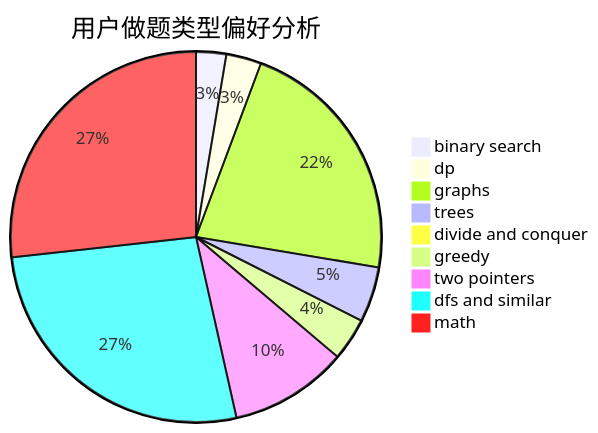
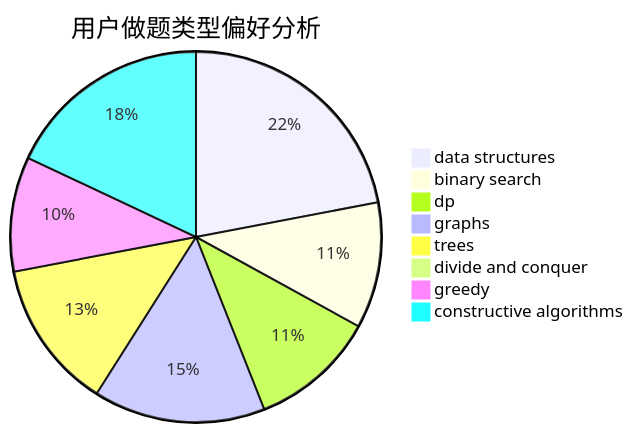
Before and after one commit to sherpahu/cfrs.github.io: the second of 3 diagrams in docs/user/u473.md, drawn with Mermaid. The commit also changed other lines of this file and 2775 other files, not shown here.

````diff
--- a/docs/user/u473.md
+++ b/docs/user/u473.md
@@ -23,12 +23,11 @@
 ```mermaid
 pie title 用户做题类型偏好分析
-    "binary search" :  12
-    "dp" :  14
-    "graphs" :  100
-    "trees" :  22
+    "data structures" :  22
+    "binary search" :  11
+    "dp" :  11
+    "graphs" :  15
+    "trees" :  13
     "divide and conquer" :  0
-    "greedy" :  17
-    "two pointers" :  47
-    "dfs and similar" :  122
-    "math" :  122
+    "greedy" :  10
+    "constructive algorithms" :  18
 ```
````
